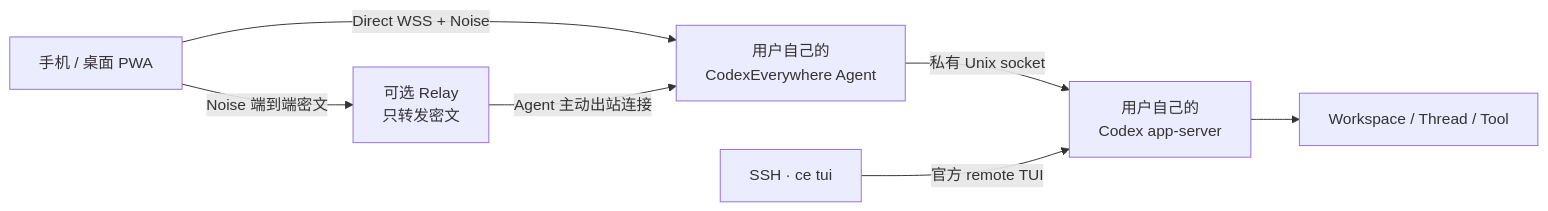
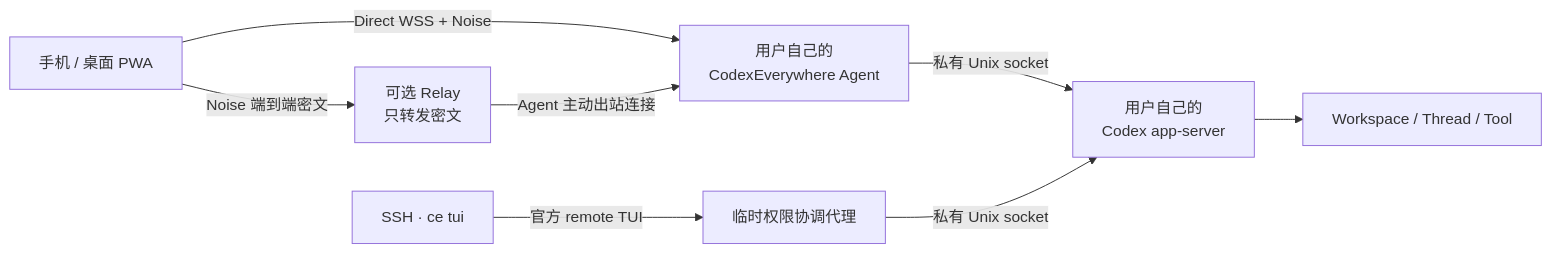
Before and after one commit to JunpoYu/CodexEverywhere: the first of 2 diagrams in README.md, drawn with Mermaid. The commit also changed other lines of this file and 123 other files, not shown here.

````diff
--- a/README.md
+++ b/README.md
@@ -86,16 +87,18 @@
 ```mermaid
 flowchart LR
     PWA["手机 / 桌面 PWA"]
     Relay["可选 Relay<br/>只转发密文"]
     Agent["用户自己的<br/>CodexEverywhere Agent"]
     App["用户自己的<br/>Codex app-server"]
     TUI["SSH · ce tui"]
+    TUIProxy["临时权限协调代理"]
     Work["Workspace / Thread / Tool"]
 
     PWA -->|"Direct WSS + Noise"| Agent
     PWA -->|"Noise 端到端密文"| Relay
     Relay -->|"Agent 主动出站连接"| Agent
     Agent -->|"私有 Unix socket"| App
-    TUI -->|"官方 remote TUI"| App
+    TUI -->|"官方 remote TUI"| TUIProxy
+    TUIProxy -->|"私有 Unix socket"| App
     App --> Work
 ```
````
